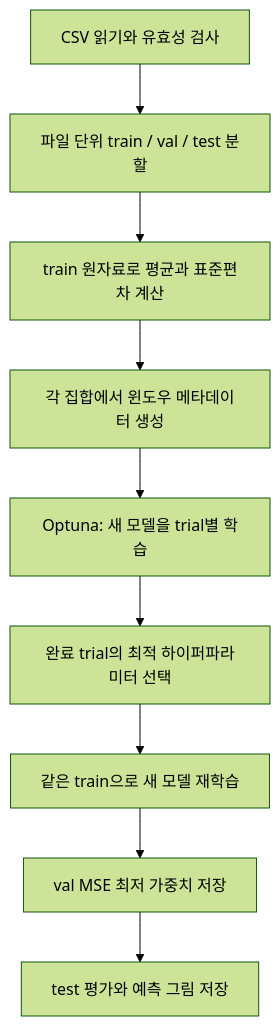
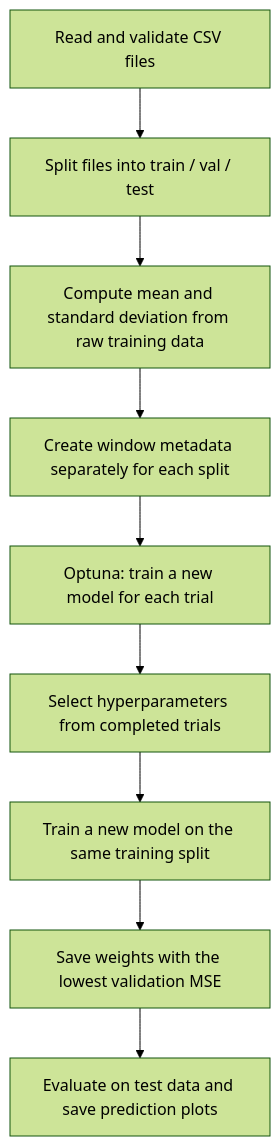
One commit to yangjunahn/lrf-sswu changed the first of 2 diagrams in BiLSTM_ModernTCN_Code_Review_and_User_Manual.md. Above: the diagram before and after it, drawn with Mermaid (forest theme). The commit also changed other lines of this file and 1 other file, not shown here.

````diff
--- a/BiLSTM_ModernTCN_Code_Review_and_User_Manual.md
+++ b/BiLSTM_ModernTCN_Code_Review_and_User_Manual.md
@@ -50,11 +52,11 @@
 ```mermaid
 flowchart TD
-    A[CSV 읽기와 유효성 검사] --> B[파일 단위 train / val / test 분할]
-    B --> C[train 원자료로 평균과 표준편차 계산]
-    C --> D[각 집합에서 윈도우 메타데이터 생성]
-    D --> E[Optuna: 새 모델을 trial별 학습]
-    E --> F[완료 trial의 최적 하이퍼파라미터 선택]
-    F --> G[같은 train으로 새 모델 재학습]
-    G --> H[val MSE 최저 가중치 저장]
-    H --> I[test 평가와 예측 그림 저장]
+    A[Read and validate CSV files] --> B[Split files into train / val / test]
+    B --> C[Compute mean and standard deviation from raw training data]
+    C --> D[Create window metadata separately for each split]
+    D --> E[Optuna: train a new model for each trial]
+    E --> F[Select hyperparameters from completed trials]
+    F --> G[Train a new model on the same training split]
+    G --> H[Save weights with the lowest validation MSE]
+    H --> I[Evaluate on test data and save prediction plots]
 ```
````
